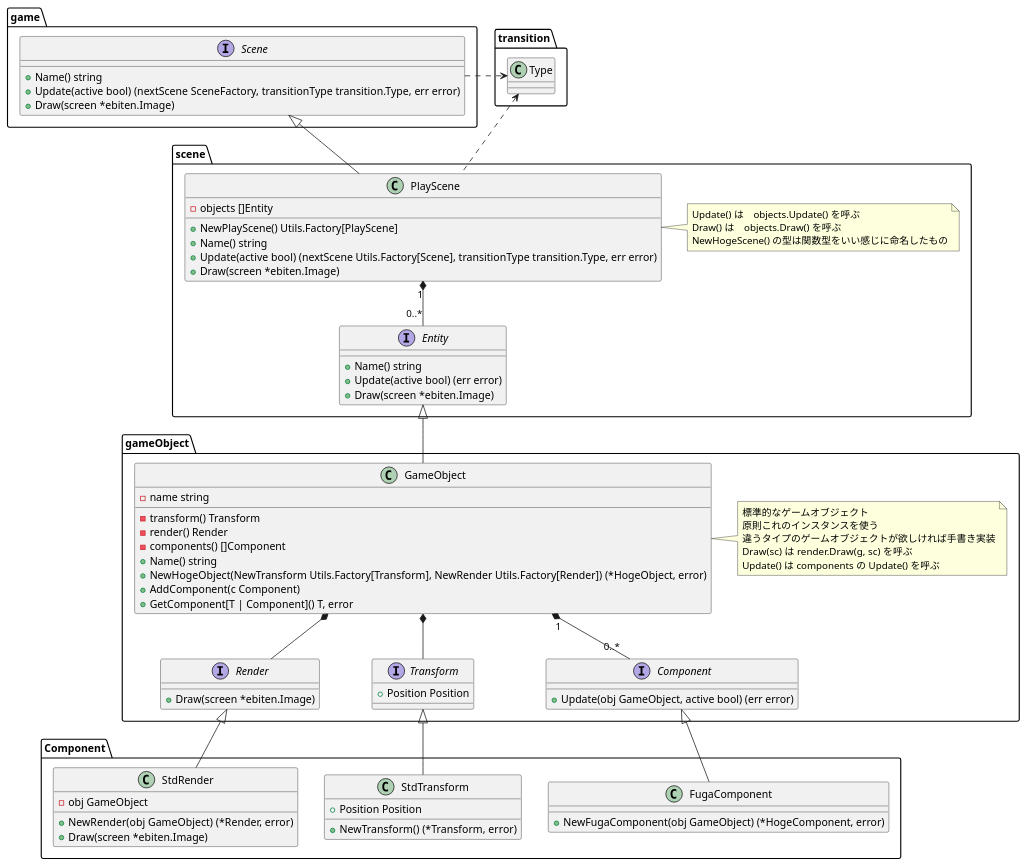
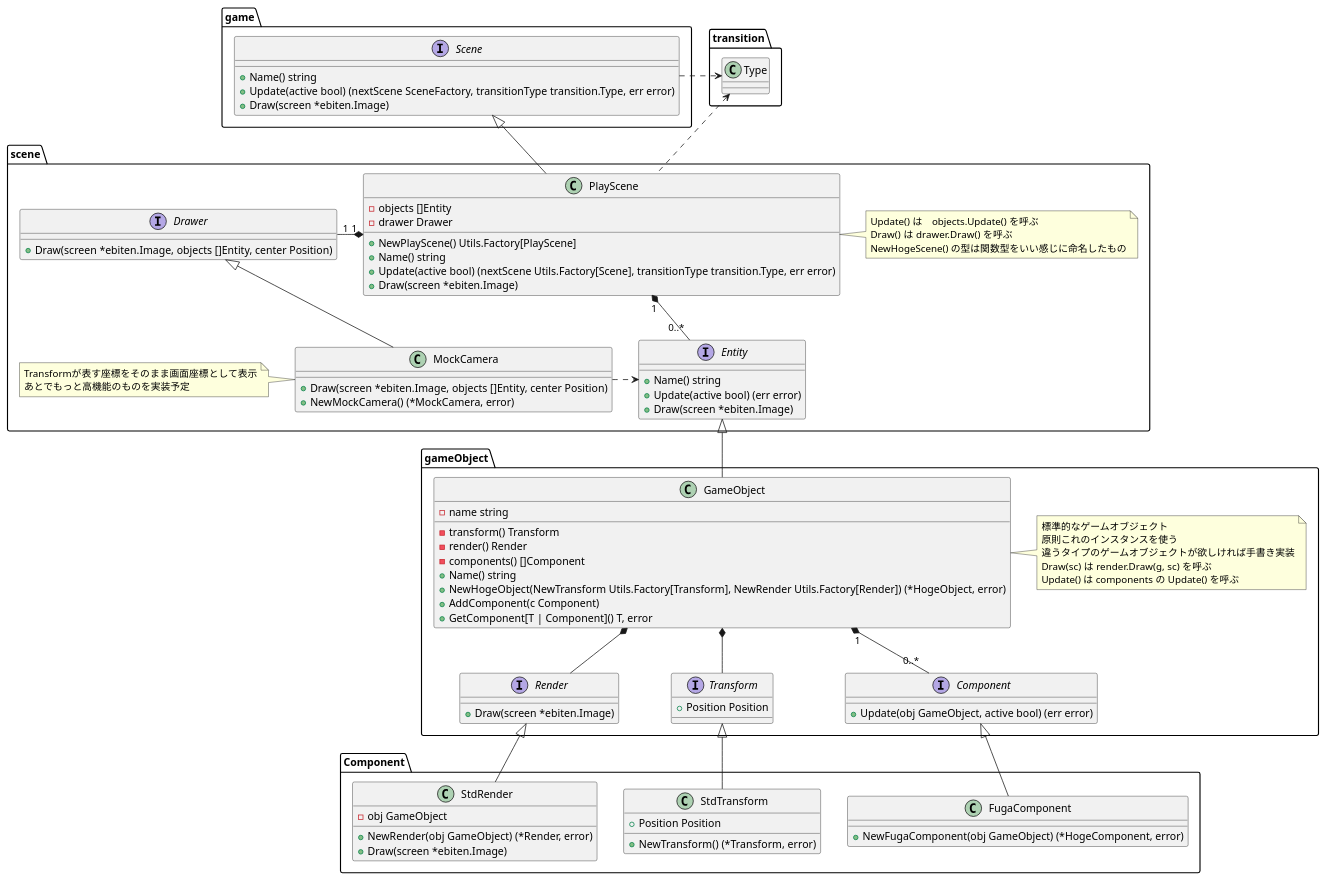
Before and after one commit to kmc-jp/Gamedev_Tempura-of-p--Phenylazo-phenol: the diagram in Docs/Scene_class_diagram.puml, drawn with PlantUML. The commit also changed 1 other file, not shown here.

```diff
--- a/Docs/Scene_class_diagram.puml
+++ b/Docs/Scene_class_diagram.puml
@@ -1,94 +1,109 @@
 @startuml Scene_class_diagram
 
 package transition {
     class Type{}
 }
 
 package game {
     interface Scene {
         + Name() string
         + Update(active bool) (nextScene SceneFactory, transitionType transition.Type, err error)
         + Draw(screen *ebiten.Image)
     }
 
     Scene .right.> transition.Type
 }
 
 package scene {
     class PlayScene {
         - objects []Entity
+        - drawer Drawer
         + NewPlayScene() Utils.Factory[PlayScene]
         + Name() string
         + Update(active bool) (nextScene Utils.Factory[Scene], transitionType transition.Type, err error)
         + Draw(screen *ebiten.Image)
     }
-    note right of PlayScene : Update() は　objects.Update() を呼ぶ\nDraw() は　objects.Draw() を呼ぶ\nNewHogeScene() の型は関数型をいい感じに命名したもの
+    note right of PlayScene : Update() は　objects.Update() を呼ぶ\nDraw() は drawer.Draw() を呼ぶ\nNewHogeScene() の型は関数型をいい感じに命名したもの
 
     PlayScene -up-|> game.Scene
     PlayScene .up.> transition.Type
 
 
     PlayScene "1" *-- "0..*" Entity
+    PlayScene "1" *-left- "1" Drawer
 
     interface Entity {
         + Name() string
         + Update(active bool) (err error)
         + Draw(screen *ebiten.Image)
     }
+
+    interface Drawer {
+        + Draw(screen *ebiten.Image, objects []Entity, center Position)
+    }
+
+    class MockCamera {
+        + Draw(screen *ebiten.Image, objects []Entity, center Position)
+        + NewMockCamera() (*MockCamera, error)
+    }
+    note left of MockCamera : Transformが表す座標をそのまま画面座標として表示\nあとでもっと高機能のものを実装予定
+
+    MockCamera -up-|> Drawer
+    MockCamera .> Entity
 }
 
 package gameObject {
     class GameObject {
         - name string
         - transform() Transform
         - render() Render
         - components() []Component
         + Name() string
         + NewHogeObject(NewTransform Utils.Factory[Transform], NewRender Utils.Factory[Render]) (*HogeObject, error)
         + AddComponent(c Component)
         + GetComponent[T | Component]() T, error
     }
     note right of GameObject : 標準的なゲームオブジェクト\n原則これのインスタンスを使う\n違うタイプのゲームオブジェクトが欲しければ手書き実装\nDraw(sc) は render.Draw(g, sc) を呼ぶ\nUpdate() は components の Update() を呼ぶ
 
     GameObject -up-|> scene.Entity
     GameObject *-- Transform
     GameObject *-- Render
 
     GameObject "1" *-- "0..*" Component
 
     interface Transform {
         + Position Position
     }
 
     interface Render {
         + Draw(screen *ebiten.Image)
     }
 
     interface Component {
         + Update(obj GameObject, active bool) (err error)
     }
 }
 
 package Component {
     class FugaComponent {
         + NewFugaComponent(obj GameObject) (*HogeComponent, error)
     }
 
     FugaComponent -up-|> gameObject.Component
 
     class StdTransform {
         + Position Position
         + NewTransform() (*Transform, error)
     }
 
     StdTransform -up-|> gameObject.Transform
 
     class StdRender {
         - obj GameObject
         + NewRender(obj GameObject) (*Render, error)
         + Draw(screen *ebiten.Image)
     }
 
     StdRender -up-|> gameObject.Render
 }
 @enduml
```
